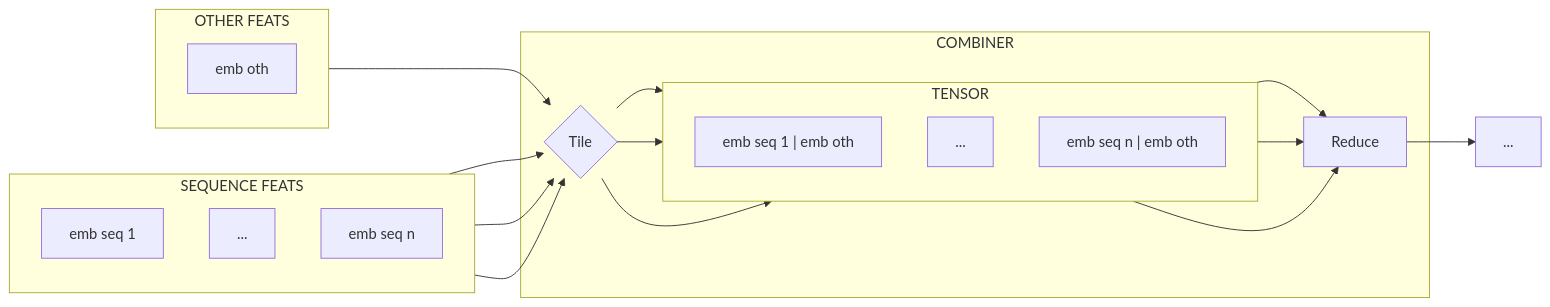
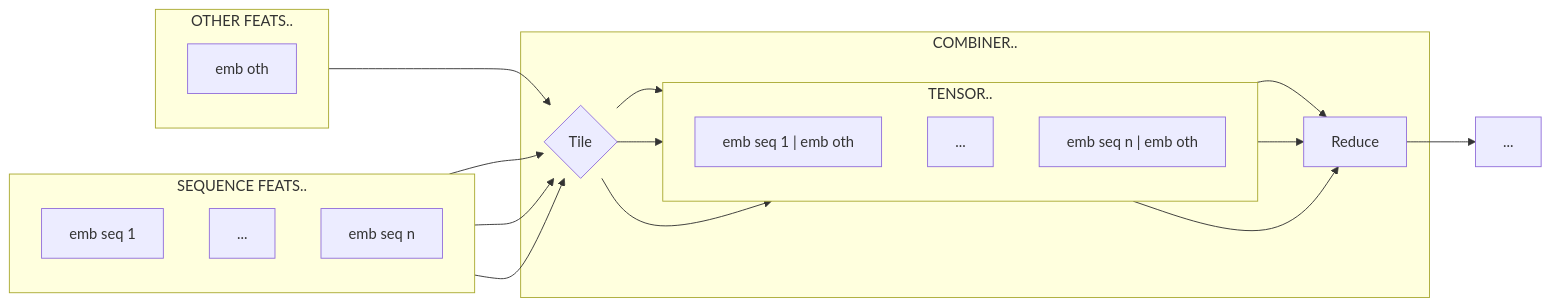
The second of 7 diagrams in docs/configuration/combiner.md (ludwig-ai/ludwig-docs), drawn with Mermaid before and after one commit. The commit also changed other lines of this file, not shown here.

````diff
--- a/docs/configuration/combiner.md
+++ b/docs/configuration/combiner.md
@@ -46,37 +46,37 @@
 ``` mermaid
 graph LR
   I1 --> X1{Tile};
   IK --> X1;
   IN --> X1;
   IO --> X1;
 
   X1 --> SC1;
   X1 --> SCK;
   X1 --> SCN;
 
   SC1 --> R[Reduce];
   SCK --> R;
   SCN --> R;
   R --> ...;
-  subgraph CONCAT["TENSOR"]
+  subgraph CONCAT["TENSOR.."]
     direction TB
     SC1["emb seq 1 | emb oth" ];
     SCK[...];
     SCN["emb seq n | emb oth"];
   end
-  subgraph COMBINER
+  subgraph COMBINER..
   X1
   CONCAT
   R
   end
-  subgraph SF[SEQUENCE FEATS]
+  subgraph SF[SEQUENCE FEATS..]
   direction TB
   I1["emb seq 1" ];
   IK[...];
   IN["emb seq n"];
   end
-  subgraph OF[OTHER FEATS]
+  subgraph OF[OTHER FEATS..]
   direction TB
   IO["emb oth"]
   end
 ```
````
